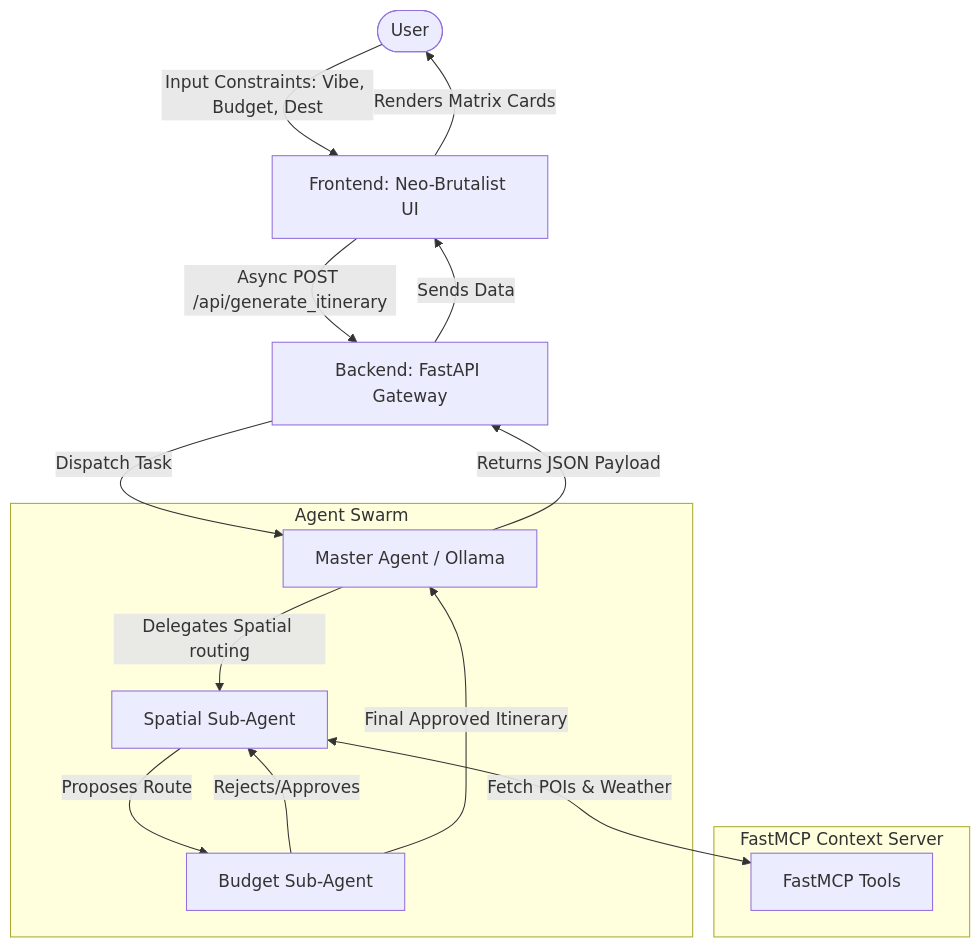
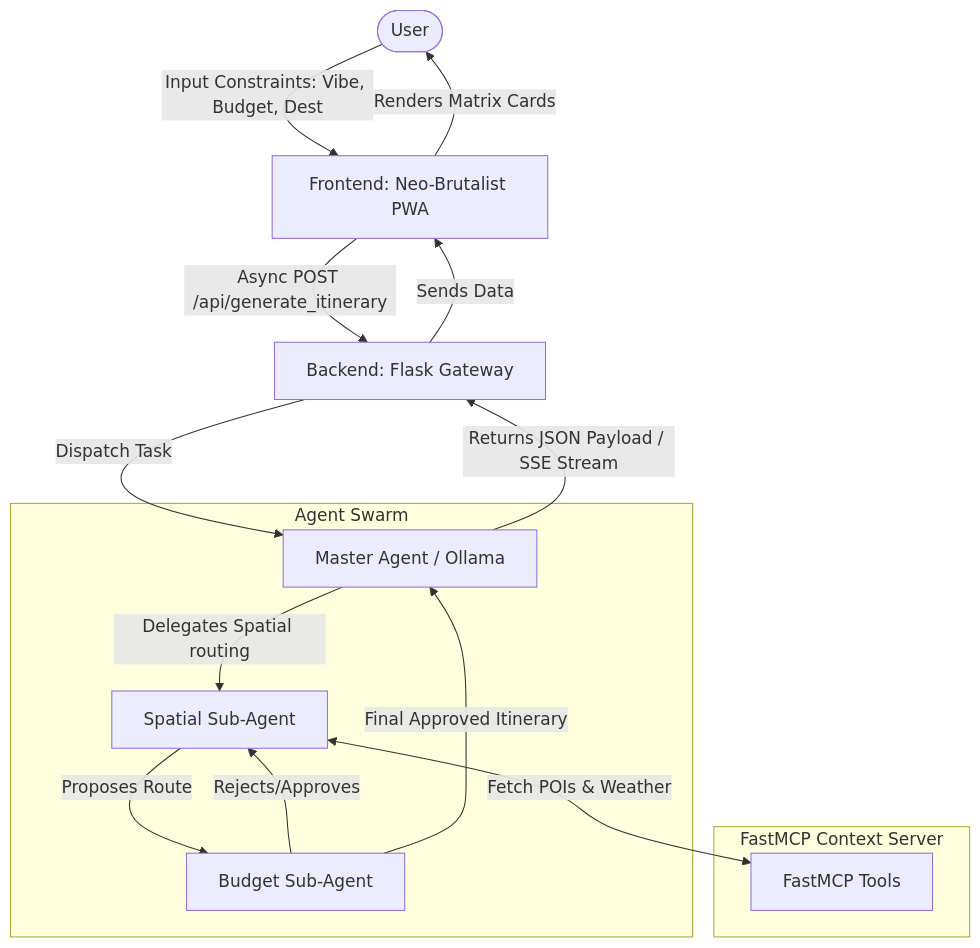
One commit to neerajojha1855/wrangler changed the first of 2 diagrams in ARCHITECTURE.md. Above: the diagram before and after it, drawn with Mermaid. The commit also changed other lines of this file and 2 other files, not shown here.

````diff
--- a/ARCHITECTURE.md
+++ b/ARCHITECTURE.md
@@ -7,22 +7,22 @@
 ```mermaid
 flowchart TD
-    User([User]) -->|Input Constraints: Vibe, Budget, Dest| UI[Frontend: Neo-Brutalist UI]
-    UI -->|Async POST /api/generate_itinerary| API[Backend: FastAPI Gateway]
+    User([User]) -->|Input Constraints: Vibe, Budget, Dest| UI[Frontend: Neo-Brutalist PWA]
+    UI -->|Async POST /api/generate_itinerary| API[Backend: Flask Gateway]
     
     API -->|Dispatch Task| Orchestrator[Master Agent / Ollama]
     
     subgraph Agent Swarm
         Orchestrator -->|Delegates Spatial routing| Spatial[Spatial Sub-Agent]
         Spatial -->|Proposes Route| Budget[Budget Sub-Agent]
         Budget -->|Rejects/Approves| Spatial
     end
     
     subgraph FastMCP Context Server
         Spatial <-->|Fetch POIs & Weather| MCP[FastMCP Tools]
     end
     
     Budget -->|Final Approved Itinerary| Orchestrator
-    Orchestrator -->|Returns JSON Payload| API
+    Orchestrator -->|Returns JSON Payload / SSE Stream| API
     API -->|Sends Data| UI
     UI -->|Renders Matrix Cards| User
 ```
````
